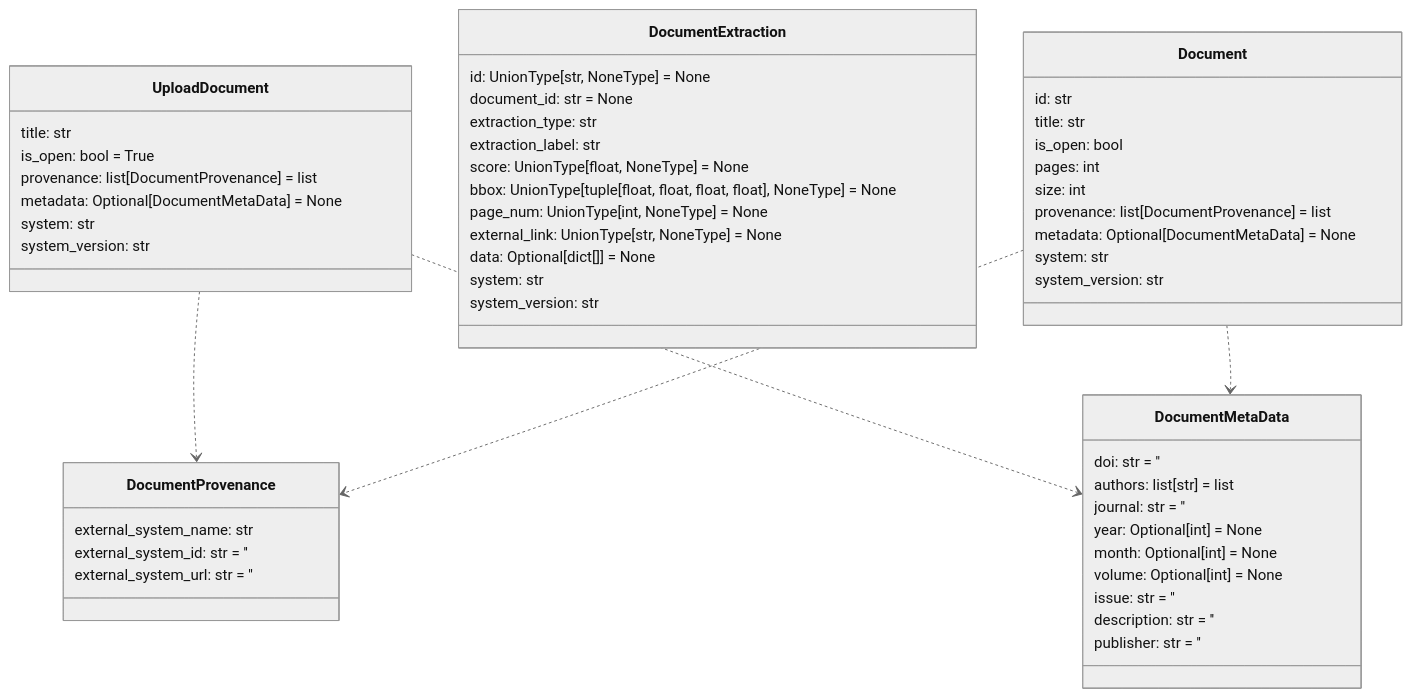
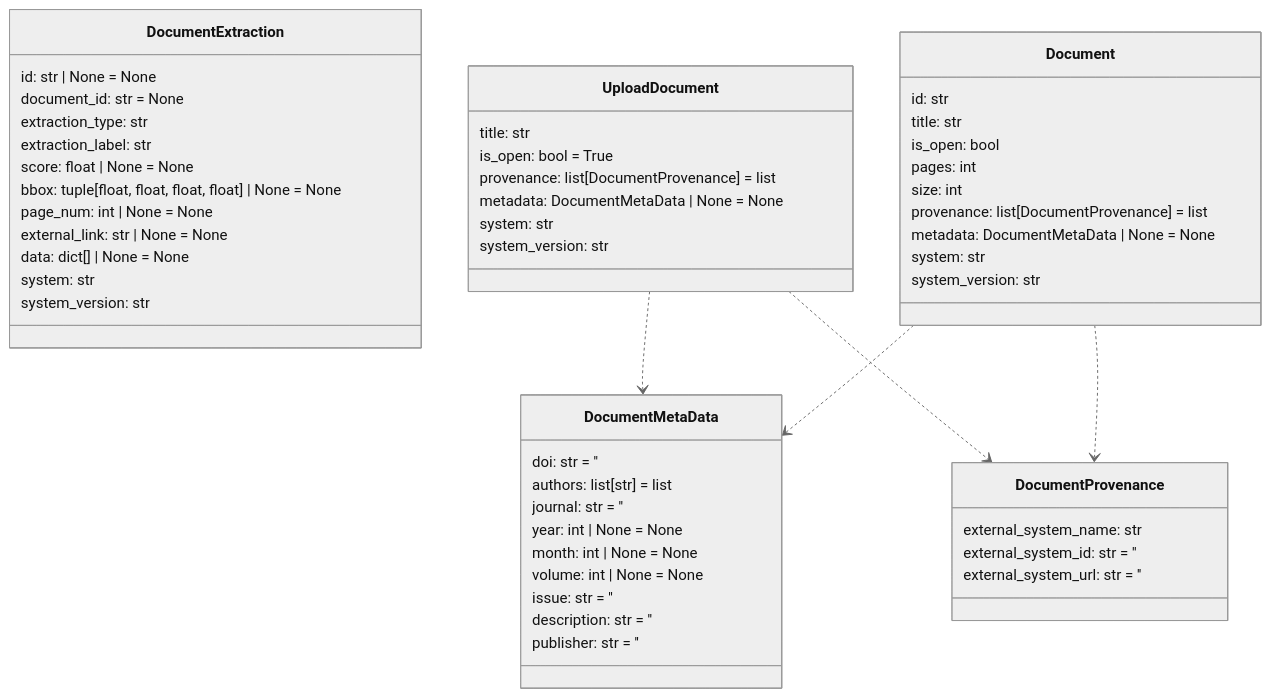
One commit to DARPA-CRITICALMAAS/cdr_schemas changed the ninth of 12 diagrams in README.md. Above: the diagram before and after it, drawn with Mermaid (neutral theme). The commit also changed other lines of this file, not shown here.

Commit message:
Update README with new ERD

````diff
--- a/README.md
+++ b/README.md
@@ -667,63 +692,63 @@
 ```mermaid
 classDiagram
 
-    class DocumentProvenance {
-        external_system_name: str
-        external_system_id: str = ''
-        external_system_url: str = ''
+    class DocumentExtraction {
+        id: str | None = None
+        document_id: str = None
+        extraction_type: str
+        extraction_label: str
+        score: float | None = None
+        bbox: tuple[float, float, float, float] | None = None
+        page_num: int | None = None
+        external_link: str | None = None
+        data: dict[] | None = None
+        system: str
+        system_version: str
+    }
+
+    class DocumentMetaData {
+        doi: str = ''
+        authors: list[str] = list
+        journal: str = ''
+        year: int | None = None
+        month: int | None = None
+        volume: int | None = None
+        issue: str = ''
+        description: str = ''
+        publisher: str = ''
     }
 
     class UploadDocument {
         title: str
         is_open: bool = True
         provenance: list[DocumentProvenance] = list
-        metadata: Optional[DocumentMetaData] = None
-        system: str
-        system_version: str
-    }
-
-    class DocumentExtraction {
-        id: UnionType[str, NoneType] = None
-        document_id: str = None
-        extraction_type: str
-        extraction_label: str
-        score: UnionType[float, NoneType] = None
-        bbox: UnionType[tuple[float, float, float, float], NoneType] = None
-        page_num: UnionType[int, NoneType] = None
-        external_link: UnionType[str, NoneType] = None
-        data: Optional[dict[]] = None
+        metadata: DocumentMetaData | None = None
         system: str
         system_version: str
     }
 
     class Document {
         id: str
         title: str
         is_open: bool
         pages: int
         size: int
         provenance: list[DocumentProvenance] = list
-        metadata: Optional[DocumentMetaData] = None
+        metadata: DocumentMetaData | None = None
         system: str
         system_version: str
     }
 
-    class DocumentMetaData {
-        doi: str = ''
-        authors: list[str] = list
-        journal: str = ''
-        year: Optional[int] = None
-        month: Optional[int] = None
-        volume: Optional[int] = None
-        issue: str = ''
-        description: str = ''
-        publisher: str = ''
+    class DocumentProvenance {
+        external_system_name: str
+        external_system_id: str = ''
+        external_system_url: str = ''
     }
 
+    UploadDocument ..> DocumentMetaData
     UploadDocument ..> DocumentProvenance
-    UploadDocument ..> DocumentMetaData
+    Document ..> DocumentMetaData
     Document ..> DocumentProvenance
-    Document ..> DocumentMetaData
 
 
 ```
````
